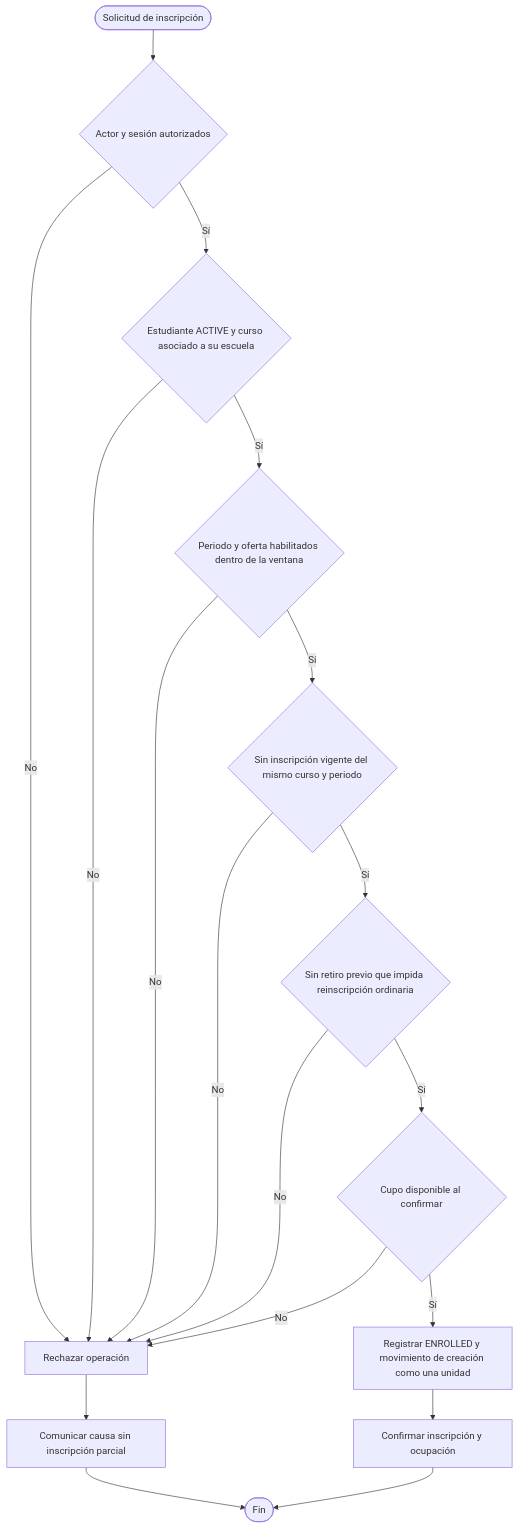
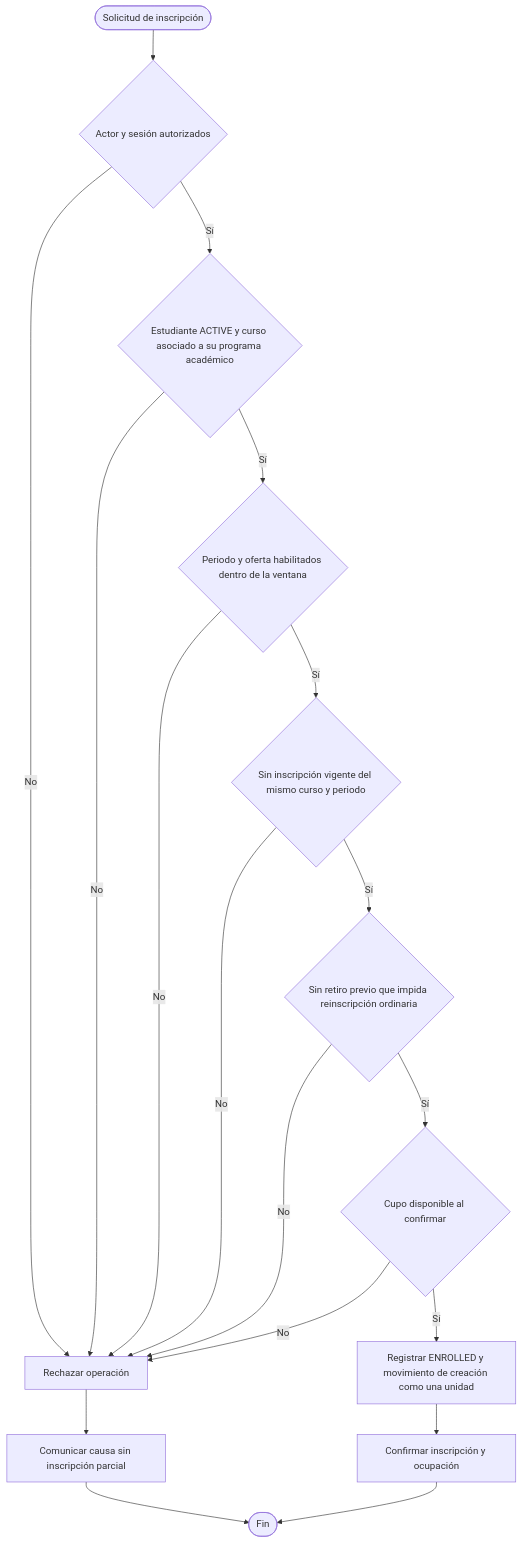
One commit to EderPanta18/academic-management-api changed the second of 7 diagrams in docs/04-analysis/03-business-processes.md. Above: the diagram before and after it, drawn with Mermaid. The commit also changed other lines of this file and 22 other files, not shown here.

````diff
--- a/docs/04-analysis/03-business-processes.md
+++ b/docs/04-analysis/03-business-processes.md
@@ -33,20 +33,20 @@
 ```mermaid
 flowchart TD
     A([Solicitud de inscripción]) --> B{Actor y sesión autorizados}
     B -- No --> X[Rechazar operación]
-    B -- Sí --> C{Estudiante ACTIVE y curso asociado a su escuela}
+    B -- Sí --> C{Estudiante ACTIVE y curso asociado a su programa académico}
     C -- No --> X
     C -- Sí --> D{Periodo y oferta habilitados dentro de la ventana}
     D -- No --> X
     D -- Sí --> E{Sin inscripción vigente del mismo curso y periodo}
     E -- No --> X
     E -- Sí --> F{Sin retiro previo que impida reinscripción ordinaria}
     F -- No --> X
     F -- Sí --> G{Cupo disponible al confirmar}
     G -- No --> X
     G -- Sí --> H[Registrar ENROLLED y movimiento de creación como una unidad]
     H --> I[Confirmar inscripción y ocupación]
     I --> Z([Fin])
     X --> Y[Comunicar causa sin inscripción parcial]
     Y --> Z
 ```
````
